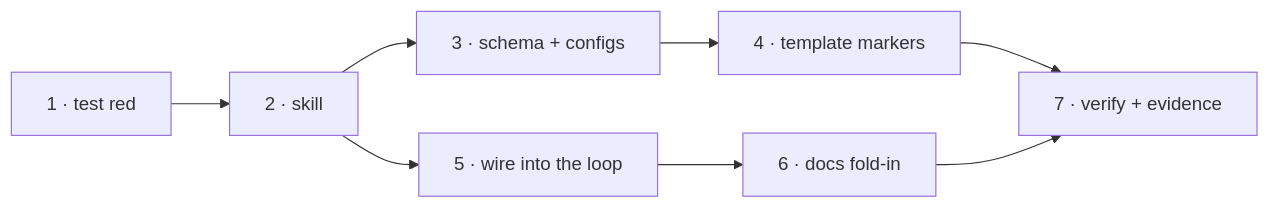
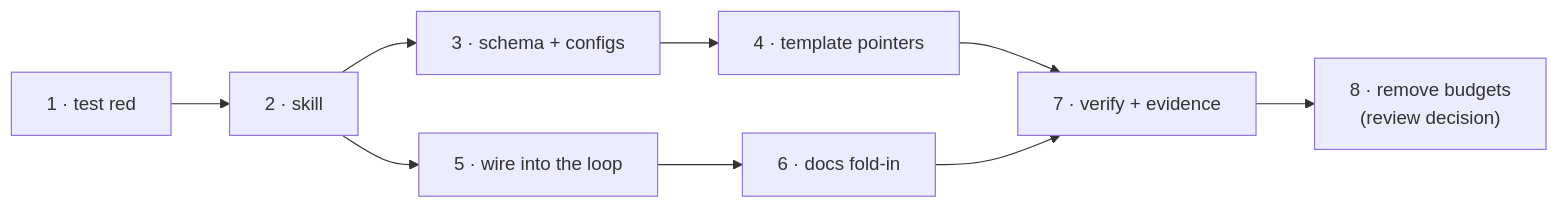
The diagram in docs/specs/issue-165/tasks.md (MadaraUchiha-314/the-loop), drawn with Mermaid before and after one commit. The commit also changed other lines of this file and 31 other files, not shown here.

````diff
--- a/docs/specs/issue-165/tasks.md
+++ b/docs/specs/issue-165/tasks.md
@@ -47,10 +52,11 @@
 ```mermaid
 flowchart LR
   1["1 · test red"] --> 2["2 · skill"]
   2 --> 3["3 · schema + configs"]
   2 --> 5["5 · wire into the loop"]
-  3 --> 4["4 · template markers"]
+  3 --> 4["4 · template pointers"]
   5 --> 6["6 · docs fold-in"]
   4 --> 7["7 · verify + evidence"]
   6 --> 7
+  7 --> 8["8 · remove budgets<br/>(review decision)"]
 ```
````
